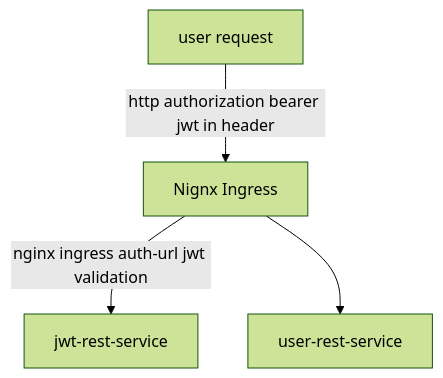
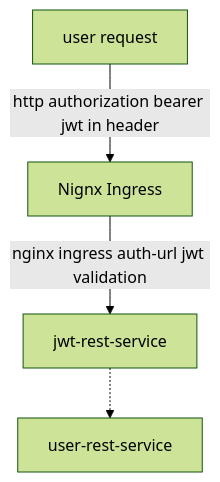
One commit to sonamsamdupkhangsar/sonamsamdupkhangsar.github.io changed the third of 3 diagrams in README.md. Above: the diagram before and after it, drawn with Mermaid (forest theme).

Commit message:
add jwt redirection

````diff
--- a/README.md
+++ b/README.md
@@ -27,6 +27,6 @@
 ```mermaid
 flowchart TD
     A[user request] --> |http authorization bearer jwt in header| B[Nignx Ingress]
     B --> | nginx ingress auth-url jwt validation| C[jwt-rest-service]
-    B --> D[user-rest-service]    
+    C -.-> D[user-rest-service]    
 ``` 
````
